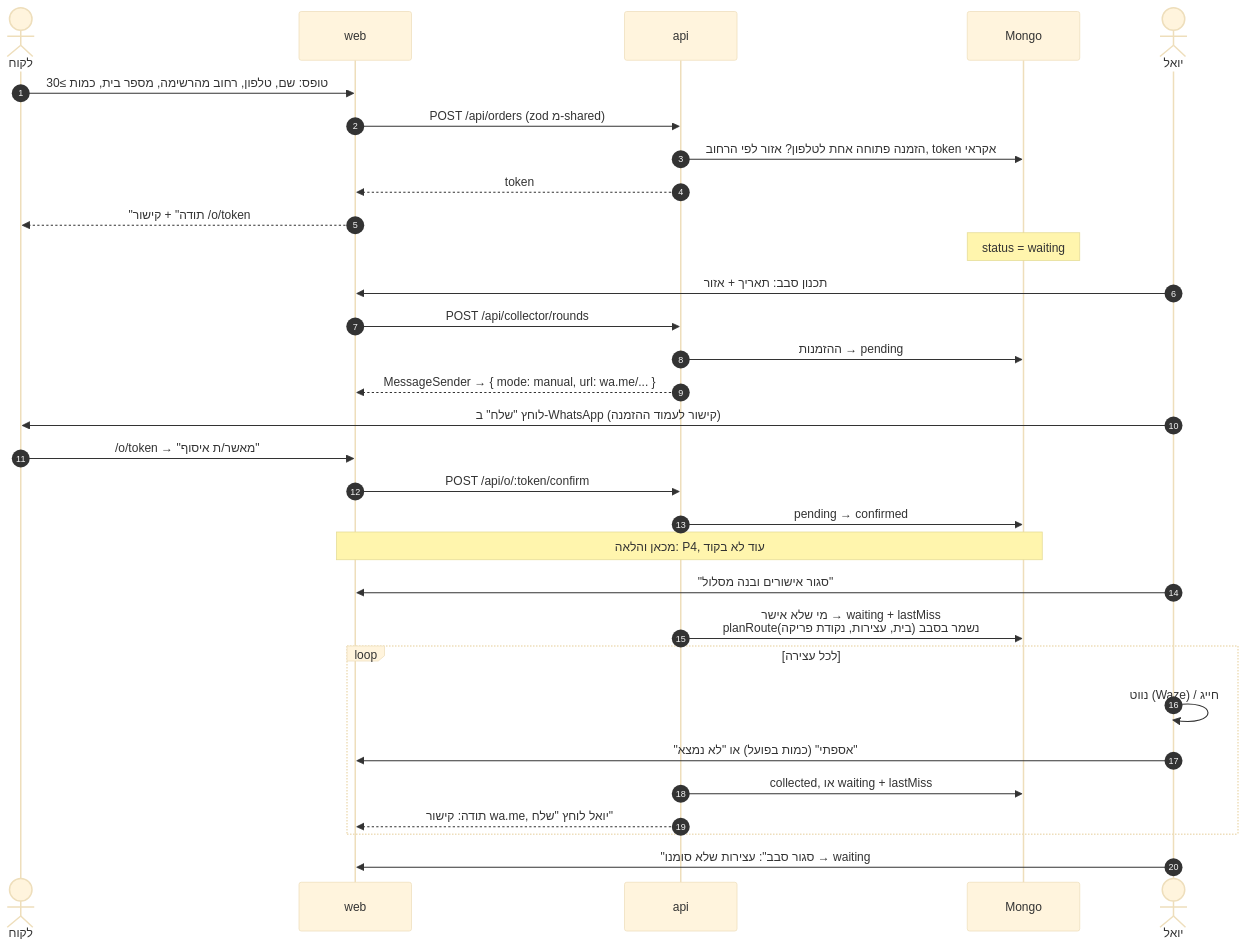
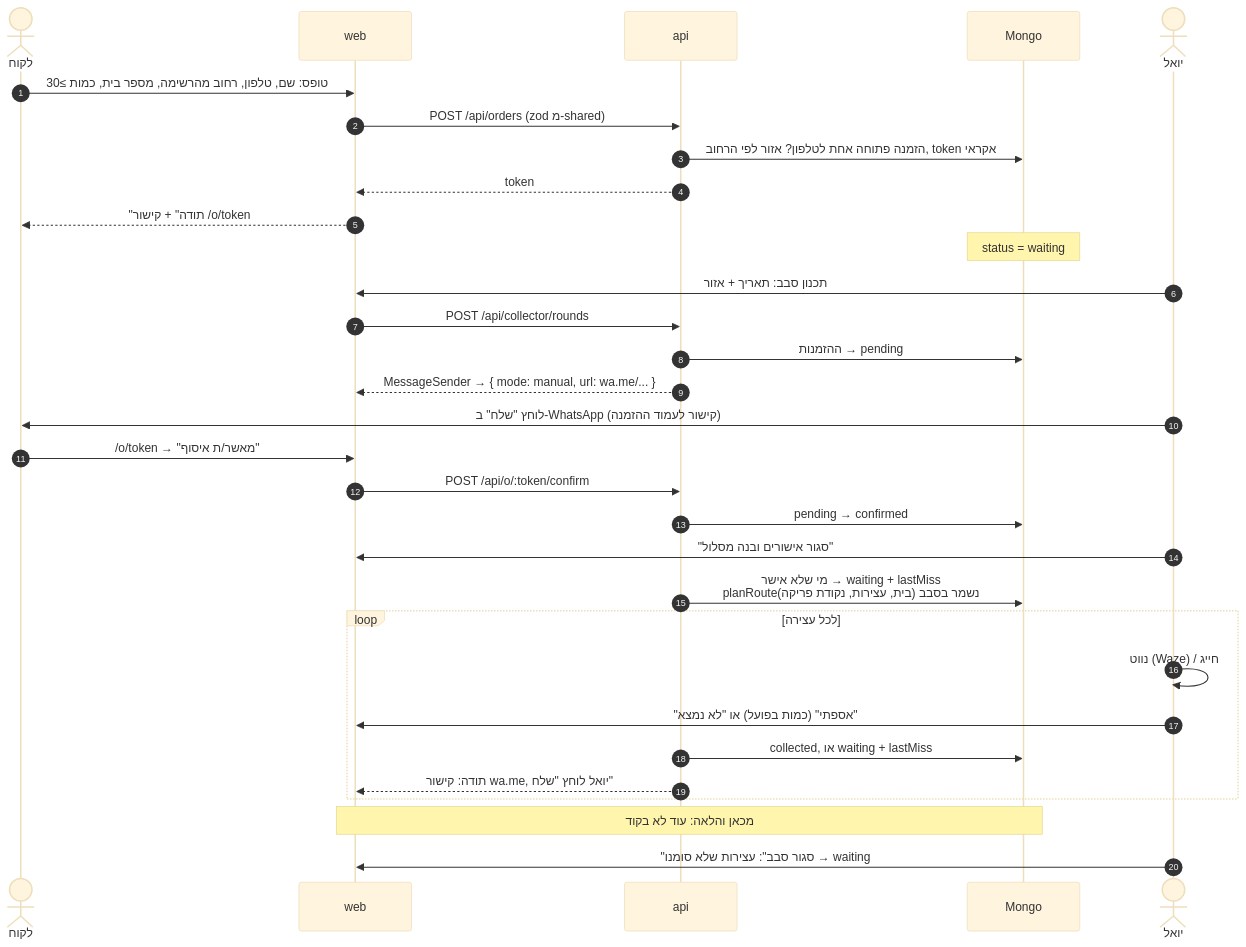
One commit to uriel-s/Latet-od changed the second of 3 diagrams in ARCHITECTURE.md. Above: the diagram before and after it, drawn with Mermaid (base theme). The commit also changed other lines of this file and 4 other files, not shown here.

````diff
--- a/ARCHITECTURE.md
+++ b/ARCHITECTURE.md
@@ -63,37 +63,37 @@
 ```mermaid
 sequenceDiagram
     autonumber
     actor L as לקוח
     participant W as web
     participant A as api
     participant D as Mongo
     actor Y as יואל
 
     L->>W: טופס: שם, טלפון, רחוב מהרשימה, מספר בית, כמות ≥30
     W->>A: POST /api/orders (zod מ-shared)
     A->>D: הזמנה פתוחה אחת לטלפון? אזור לפי הרחוב, token אקראי
     A-->>W: token
     W-->>L: "תודה" + קישור /o/token
     Note over D: status = waiting
 
     Y->>W: תכנון סבב: תאריך + אזור
     W->>A: POST /api/collector/rounds
     A->>D: ההזמנות → pending
     A-->>W: MessageSender → { mode: manual, url: wa.me/... }
     Y->>L: לוחץ "שלח" ב-WhatsApp (קישור לעמוד ההזמנה)
 
     L->>W: /o/token → "מאשר/ת איסוף"
     W->>A: POST /api/o/:token/confirm
     A->>D: pending → confirmed
 
-    Note over W,D: מכאן והלאה: P4, עוד לא בקוד
     Y->>W: "סגור אישורים ובנה מסלול"
     A->>D: מי שלא אישר → waiting + lastMiss<br/>planRoute(בית, עצירות, נקודת פריקה) נשמר בסבב
     loop לכל עצירה
         Y->>Y: נווט (Waze) / חייג
         Y->>W: "אספתי" (כמות בפועל) או "לא נמצא"
         A->>D: collected, או waiting + lastMiss
         A-->>W: תודה: קישור wa.me, יואל לוחץ "שלח"
     end
+    Note over W,D: מכאן והלאה: עוד לא בקוד
     Y->>W: "סגור סבב": עצירות שלא סומנו → waiting
 ```
````
